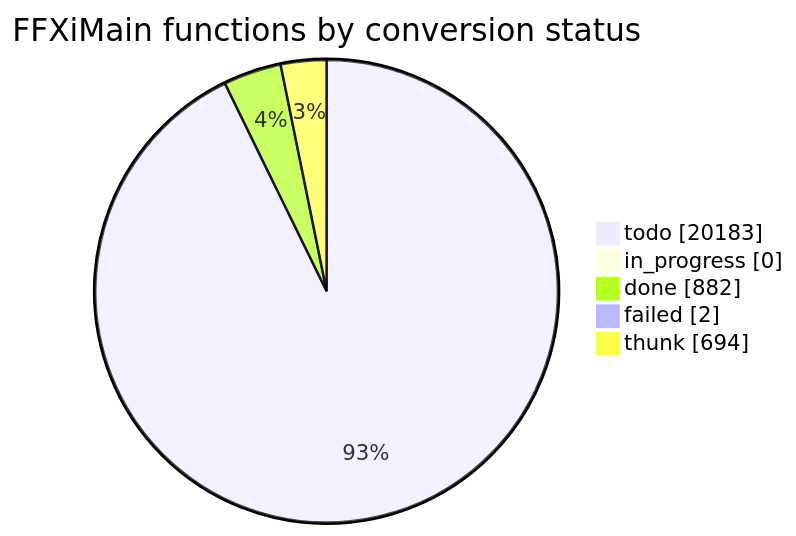
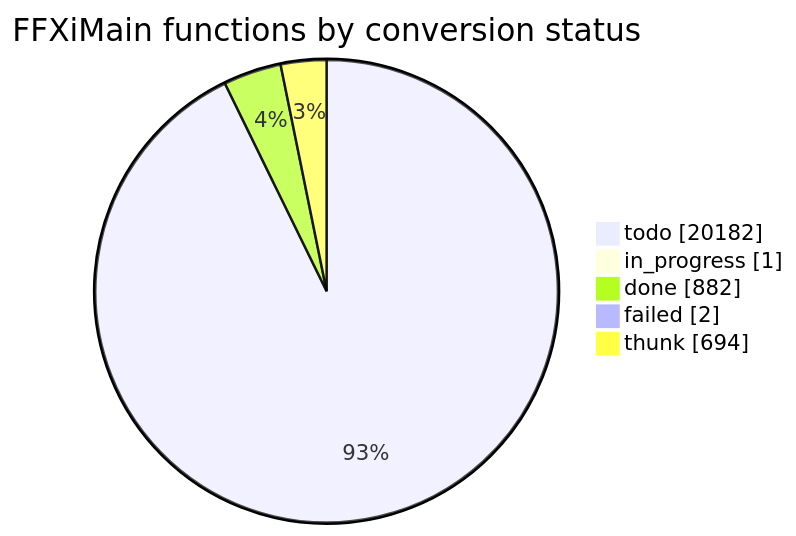
One commit to cowrevenge/cow_kuluu_xi_anything changed the diagram in docs/cow/STATUS.md. Above: the diagram before and after it, drawn with Mermaid. The commit also changed other lines of this file and 7 other files, not shown here.

````diff
--- a/docs/cow/STATUS.md
+++ b/docs/cow/STATUS.md
@@ -18,9 +18,9 @@
 ```mermaid
 pie showData
     title FFXiMain functions by conversion status
-    "todo" : 20183
-    "in_progress" : 0
+    "todo" : 20182
+    "in_progress" : 1
     "done" : 882
     "failed" : 2
     "thunk" : 694
 ```
````
